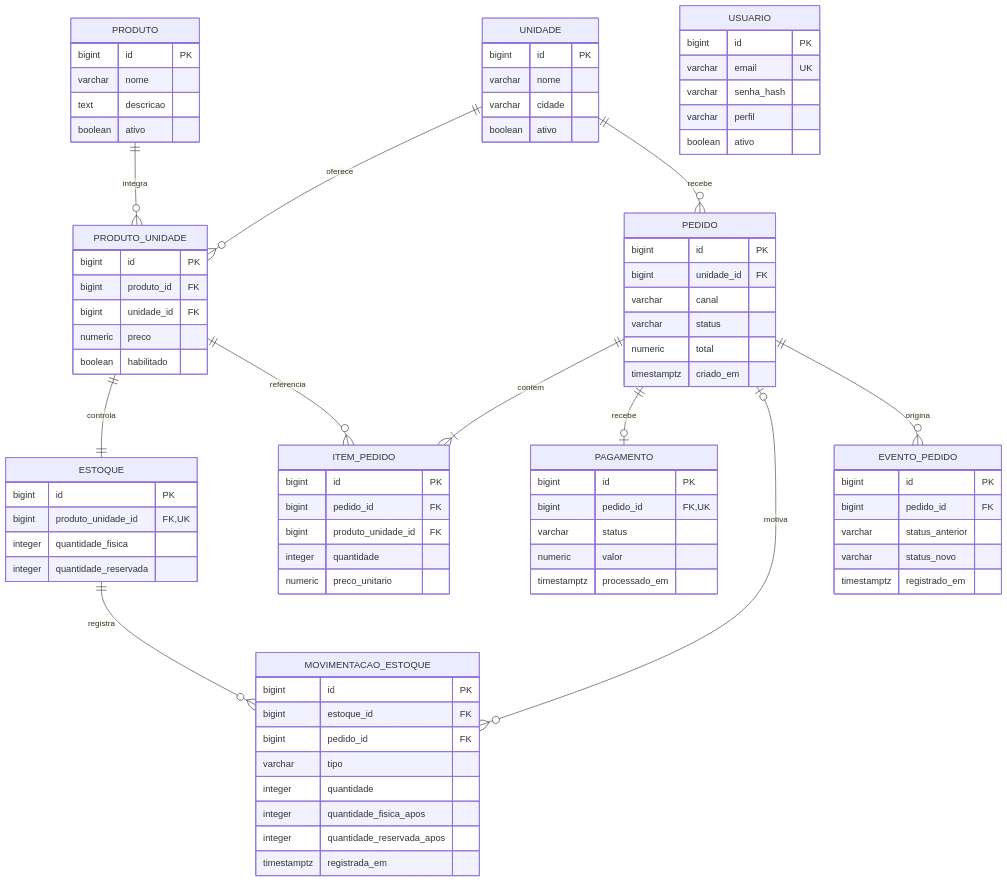
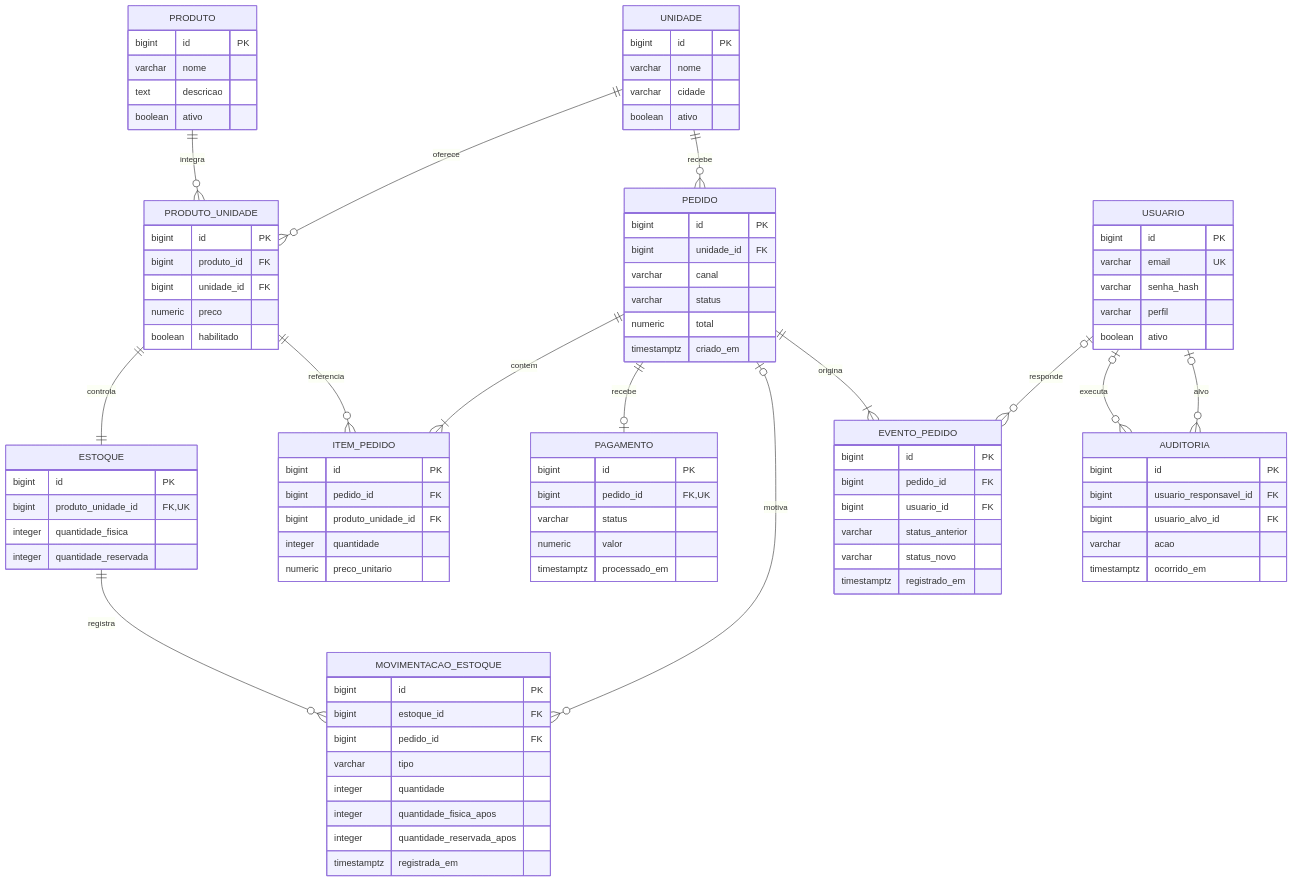
Before and after one commit to ramorim1998/raizes-do-nordeste-api: the second of 4 diagrams in docs/especificacao.md, drawn with Mermaid. The commit also changed other lines of this file and 9 other files, not shown here.

````diff
--- a/docs/especificacao.md
+++ b/docs/especificacao.md
@@ -57,7 +77,10 @@
     PEDIDO ||--o| PAGAMENTO : recebe
     ESTOQUE ||--o{ MOVIMENTACAO_ESTOQUE : registra
     PEDIDO o|--o{ MOVIMENTACAO_ESTOQUE : motiva
-    PEDIDO ||--o{ EVENTO_PEDIDO : origina
+    PEDIDO ||--|{ EVENTO_PEDIDO : origina
+    USUARIO o|--o{ EVENTO_PEDIDO : responde
+    USUARIO o|--o{ AUDITORIA : executa
+    USUARIO o|--o{ AUDITORIA : alvo
     PRODUTO {
         bigint id PK
         varchar nome
@@ -118,6 +141,7 @@
     EVENTO_PEDIDO {
         bigint id PK
         bigint pedido_id FK
+        bigint usuario_id FK
         varchar status_anterior
         varchar status_novo
         timestamptz registrado_em
@@ -129,4 +153,11 @@
         varchar perfil
         boolean ativo
     }
+    AUDITORIA {
+        bigint id PK
+        bigint usuario_responsavel_id FK
+        bigint usuario_alvo_id FK
+        varchar acao
+        timestamptz ocorrido_em
+    }
 ```
````
